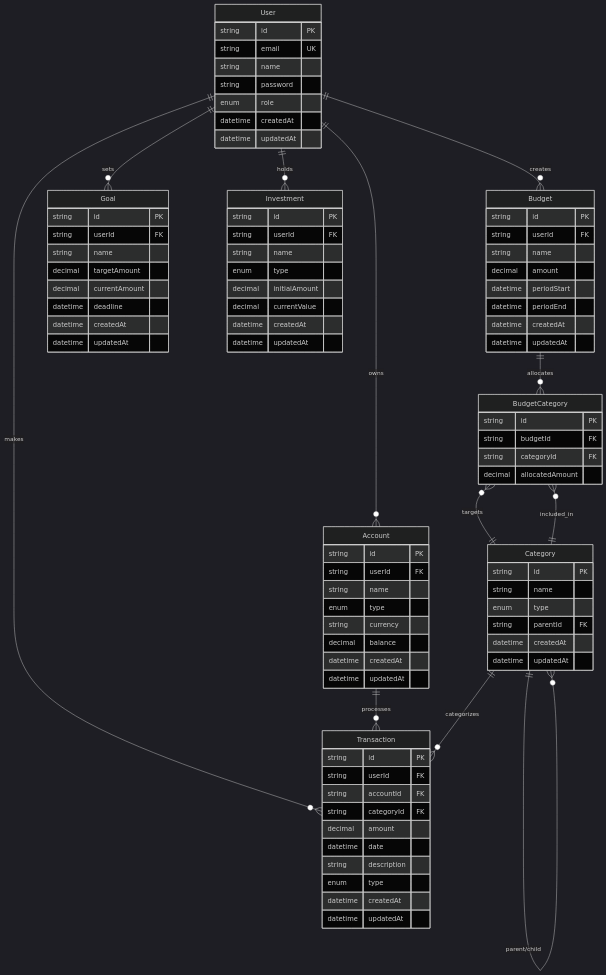
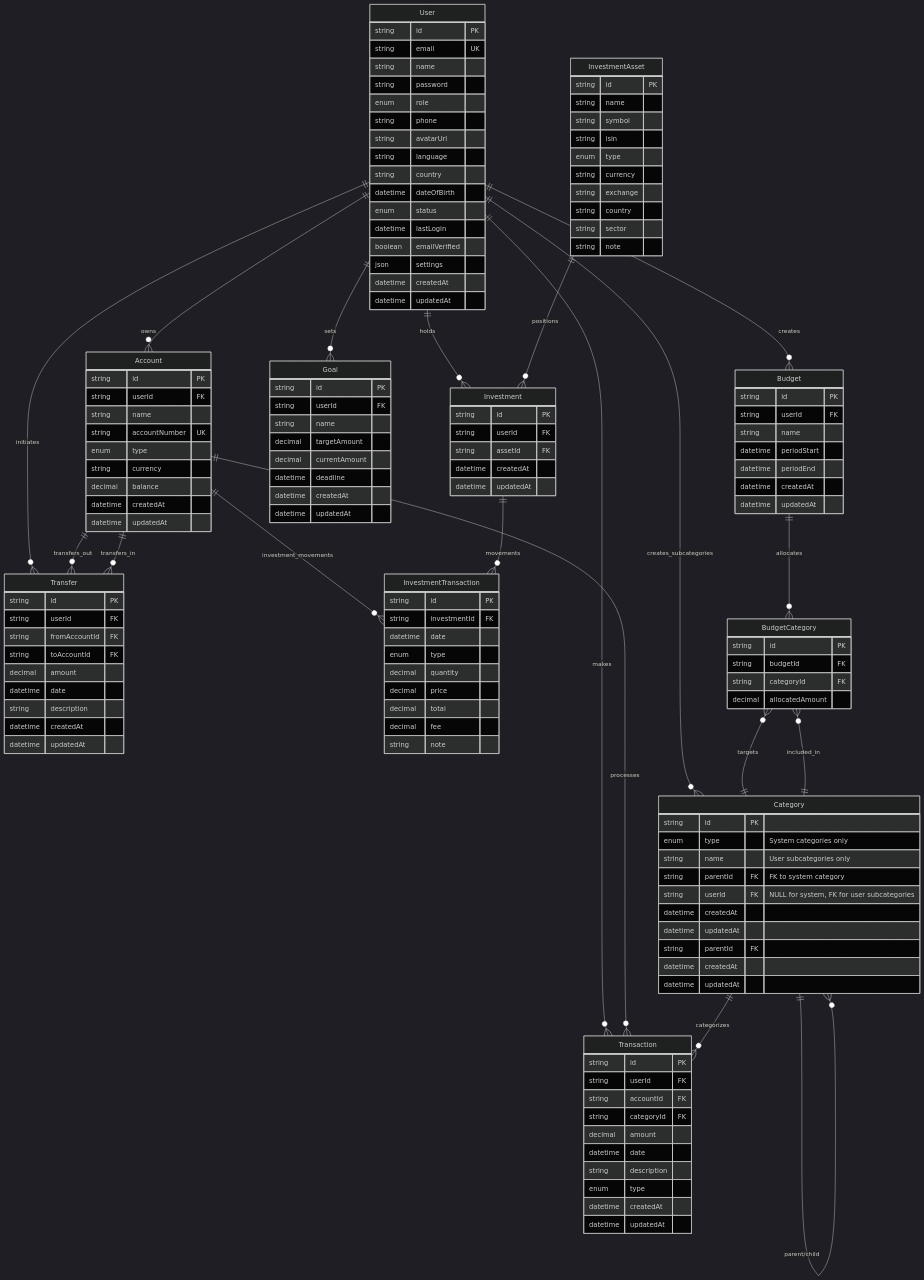
The diagram in docs/DATABASE.md (Elia97/personal_finance), drawn with Mermaid (dark theme) before and after one commit. The commit also changed other lines of this file and 5 other files, not shown here.

Commit message:
docs: refactor and align all documentation with the updated database schema

````diff
--- a/docs/DATABASE.md
+++ b/docs/DATABASE.md
@@ -231,11 +380,18 @@
 erDiagram
     User ||--o{ Account : "owns"
     User ||--o{ Transaction : "makes"
+    User ||--o{ Transfer : "initiates"
     User ||--o{ Budget : "creates"
     User ||--o{ Goal : "sets"
     User ||--o{ Investment : "holds"
+    User ||--o{ Category : "creates_subcategories"
 
     Account ||--o{ Transaction : "processes"
+    Account ||--o{ Transfer : "transfers_out"
+    Account ||--o{ Transfer : "transfers_in"
+    Account ||--o{ InvestmentTransaction : "investment_movements"
+    Investment ||--o{ InvestmentTransaction : "movements"
+    InvestmentAsset ||--o{ Investment : "positions"
     Category ||--o{ Transaction : "categorizes"
     Category ||--o{ BudgetCategory : "included_in"
     Category ||--o{ Category : "parent/child"
@@ -249,6 +405,15 @@
         string name
         string password
         enum role
+        string phone
+        string avatarUrl
+        string language
+        string country
+        datetime dateOfBirth
+        enum status
+        datetime lastLogin
+        boolean emailVerified
+        json settings
         datetime createdAt
         datetime updatedAt
     }
@@ -257,6 +422,7 @@
         string id PK
         string userId FK
         string name
+        string accountNumber UK
         enum type
         string currency
         decimal balance
@@ -277,10 +443,26 @@
         datetime updatedAt
     }
 
+    Transfer {
+        string id PK
+        string userId FK
+        string fromAccountId FK
+        string toAccountId FK
+        decimal amount
+        datetime date
+        string description
+        datetime createdAt
+        datetime updatedAt
+    }
+
     Category {
         string id PK
-        string name
-        enum type
+        enum type "System categories only"
+        string name "User subcategories only"
+        string parentId FK "FK to system category"
+        string userId FK "NULL for system, FK for user subcategories"
+        datetime createdAt
+        datetime updatedAt
         string parentId FK
         datetime createdAt
         datetime updatedAt
@@ -290,7 +472,6 @@
         string id PK
         string userId FK
         string name
-        decimal amount
         datetime periodStart
         datetime periodEnd
         datetime createdAt
@@ -315,14 +496,36 @@
         datetime updatedAt
     }
 
+    InvestmentAsset {
+        string id PK
+        string name
+        string symbol
+        string isin
+        enum type
+        string currency
+        string exchange
+        string country
+        string sector
+        string note
+    }
+
     Investment {
         string id PK
         string userId FK
-        string name
-        enum type
-        decimal initialAmount
-        decimal currentValue
+        string assetId FK
         datetime createdAt
         datetime updatedAt
     }
+
+    InvestmentTransaction {
+        string id PK
+        string investmentId FK
+        datetime date
+        enum type
+        decimal quantity
+        decimal price
+        decimal total
+        decimal fee
+        string note
+    }
 ```
````
